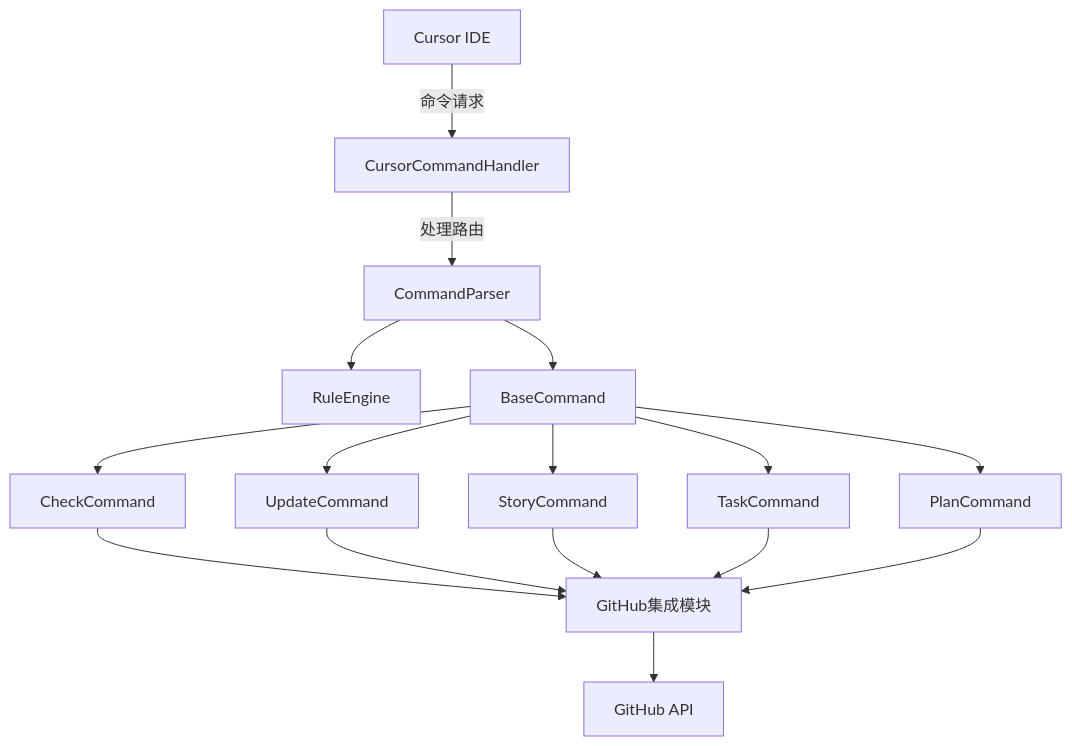
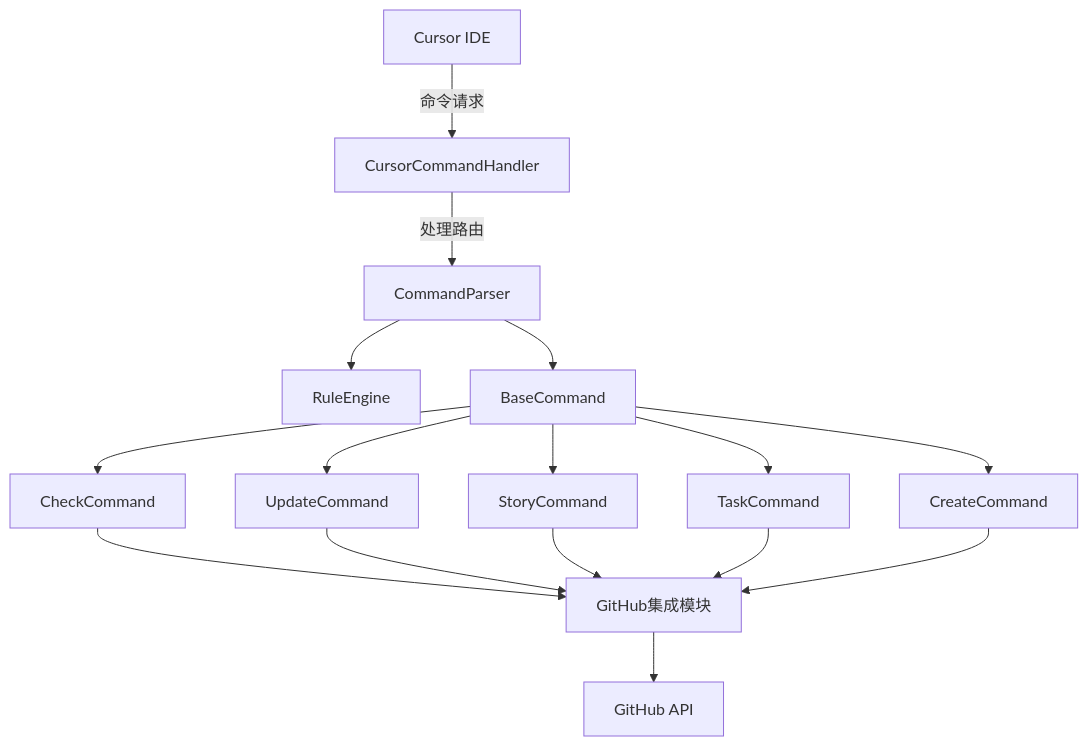
Before and after one commit to jacobcy/VibeCopilot: the diagram in docs/user/roadmap/prd.md, drawn with Mermaid. The commit also changed other lines of this file and 166 other files, not shown here.

````diff
--- a/docs/user/roadmap/prd.md
+++ b/docs/user/roadmap/prd.md
@@ -21,18 +21,18 @@
 ```mermaid
 flowchart TD
     A[Cursor IDE] -->|命令请求| B[CursorCommandHandler]
     B -->|处理路由| C[CommandParser]
     C --> D[RuleEngine]
     C --> E[BaseCommand]
     E --> F1[CheckCommand]
     E --> F2[UpdateCommand]
     E --> F3[StoryCommand]
     E --> F4[TaskCommand]
-    E --> F5[PlanCommand]
+    E --> F5[CreateCommand]
     F1 --> G[GitHub集成模块]
     F2 --> G
     F3 --> G
     F4 --> G
     F5 --> G
     G --> H[GitHub API]
 ```
````
